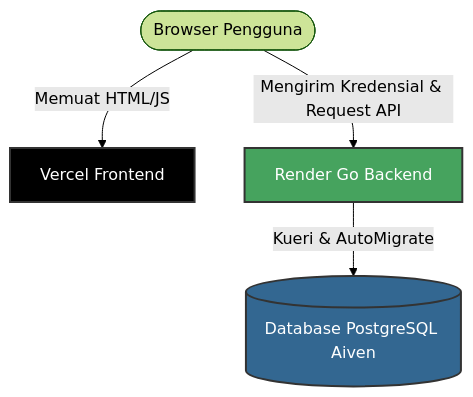
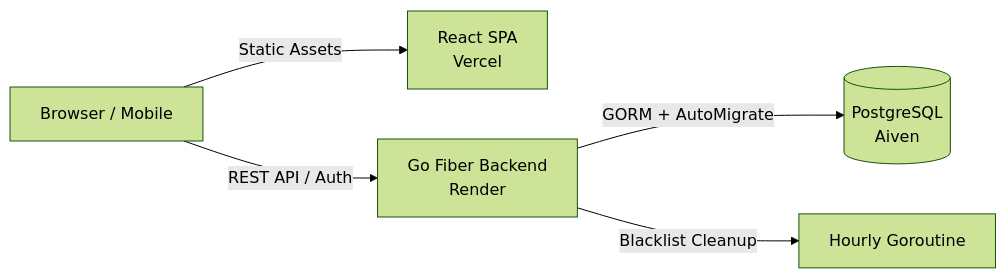
The diagram in README.md (Rauf74/recipe-scale), drawn with Mermaid (forest theme) before and after one commit. The commit also changed other lines of this file and 2 other files, not shown here.

Commit message:
[Dokumentasi] Sinkronisasi README utama dan frontend serta pembersihan file backup

````diff
--- a/README.md
+++ b/README.md
@@ -31,10 +99,7 @@
 ```mermaid
-graph TD
-    User([Browser Pengguna]) -->|Memuat HTML/JS| Vercel[Vercel Frontend]
-    User -->|Mengirim Kredensial & Request API| Render[Render Go Backend]
-    Render -->|Kueri & AutoMigrate| DB[(Database PostgreSQL Aiven)]
-    
-    style Vercel fill:#000,stroke:#333,stroke-width:2px,color:#fff
-    style Render fill:#46a35e,stroke:#333,stroke-width:2px,color:#fff
-    style DB fill:#336791,stroke:#333,stroke-width:2px,color:#fff
+graph LR
+    Browser[Browser / Mobile] -->|Static Assets| Vercel[React SPA<br/>Vercel]
+    Browser -->|REST API / Auth| Render[Go Fiber Backend<br/>Render]
+    Render -->|GORM + AutoMigrate| DB[(PostgreSQL<br/>Aiven)]
+    Render -->|Blacklist Cleanup| Worker[Hourly Goroutine]
 ```
````
